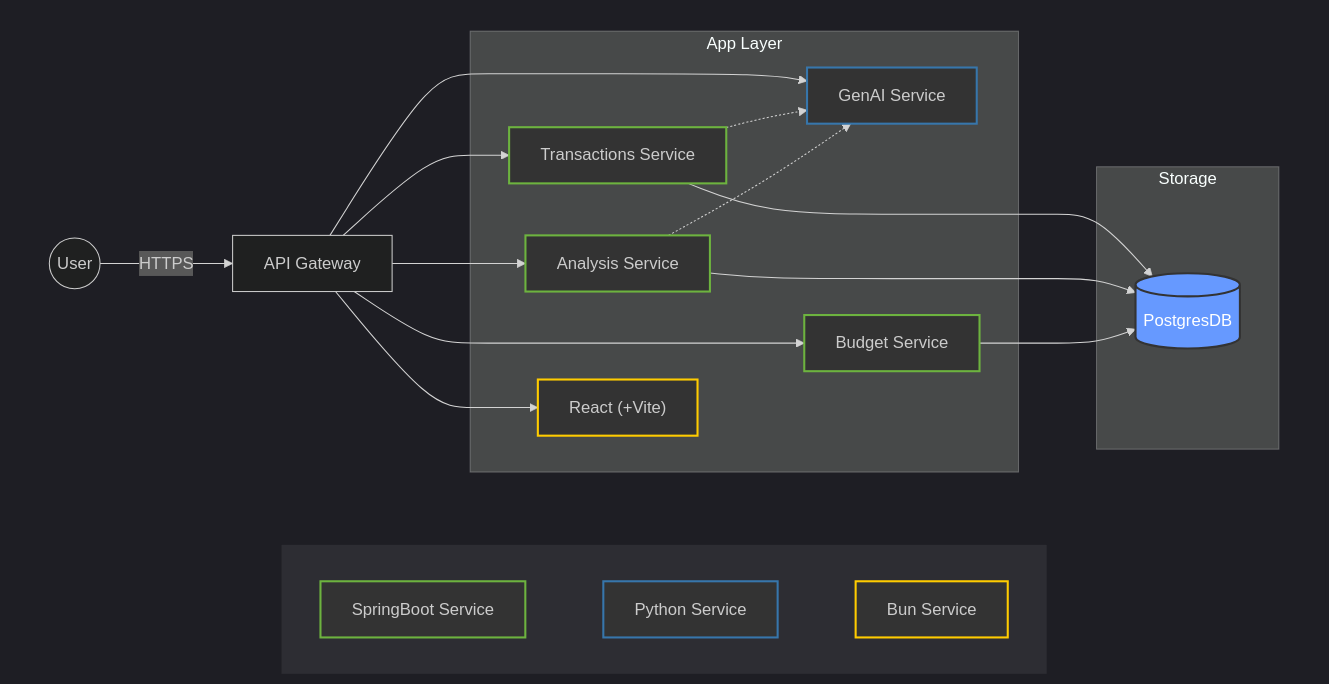
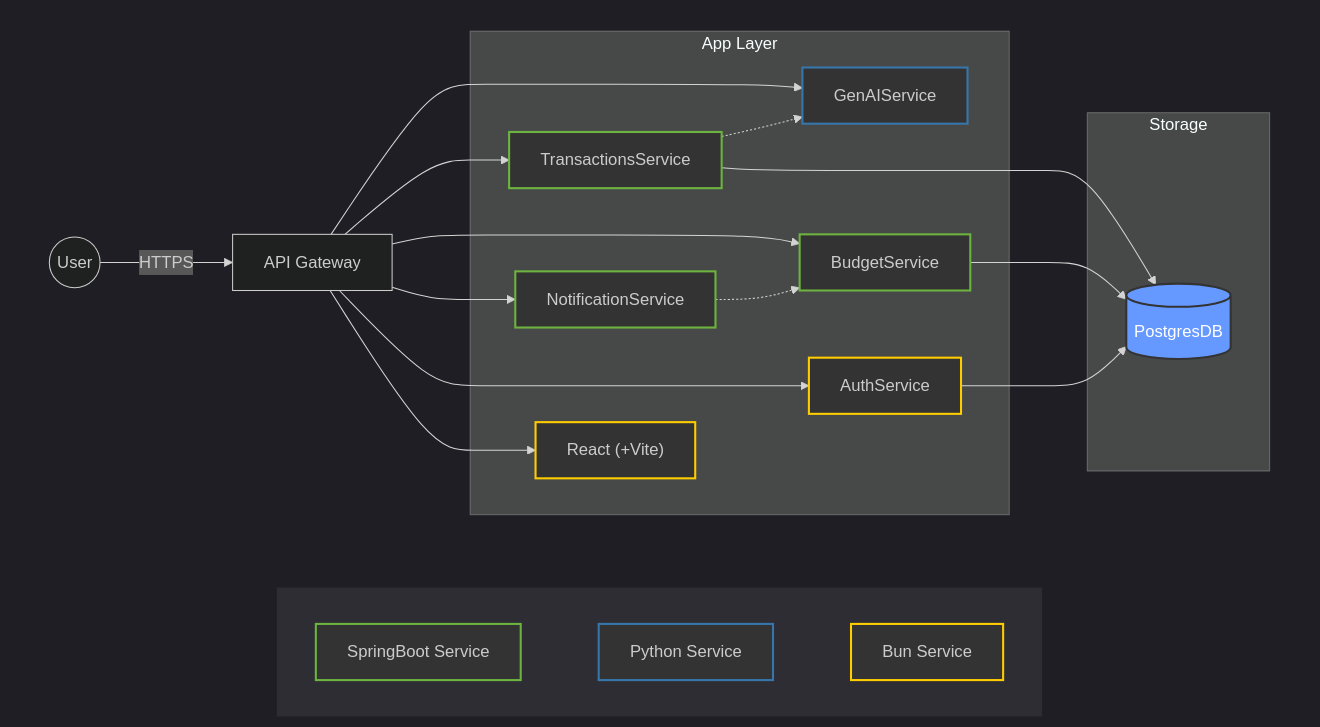
One commit to AET-DevOps26/team-99-downtime changed the first of 5 diagrams in docs/architecture/SERVICE_OVERVIEW.md. Above: the diagram before and after it, drawn with Mermaid. The commit also changed other lines of this file and 1 other file, not shown here.

Commit message:
docs: modified service_overview

````diff
--- a/docs/architecture/SERVICE_OVERVIEW.md
+++ b/docs/architecture/SERVICE_OVERVIEW.md
@@ -7,77 +7,81 @@
 ```mermaid
 ---
-displayMode: compact
 config:
   theme: dark
 ---
 graph TD
     %% Define Styles
 
     classDef service fill:#f9f,stroke:#333,stroke-width:2px;
     classDef database fill:#69f,stroke:#333,stroke-width:2px,color:#fff;
     classDef springService fill:#333,stroke:#6db33f,stroke-width:2px;
     classDef pythonService fill:#333,stroke:#3776ab,stroke-width:2px;
     classDef bunService fill:#333,stroke:#ffcc00,stroke-width:2px;
 
     subgraph System_Architecture [<span></span>]
       direction LR
 
       User((User)) -->|HTTPS| Gateway
 
-      Gateway[API Gateway] --> ReactS & GenAiS & TransactionS & BudgetS & AnalysisS
+      Gateway[API Gateway] --> ReactS & GenAiS & TransactionS & BudgetS & AnalysisS & AuthS
 
 
       subgraph Private_Subnet [App Layer]
-          GenAiS[GenAI Service]
+          GenAiS[GenAIService]
 
-          TransactionS[Transactions Service] -.-> GenAiS
+          TransactionS[TransactionsService] -.-> GenAiS
 
-          AnalysisS[Analysis Service] -.-> GenAiS
+          AnalysisS[NotificationService] -.-> BudgetS
 
-          BudgetS[Budget Service]
+          BudgetS[BudgetService]
           ReactS["React (+Vite)"]
+          AuthS[AuthService]
 
 
       end
+
+      %%TransactionS & BudgetS & AnalysisS & GenAiS -.-> AuthS
 
       subgraph Data_Layer [Storage]
 
           TransactionS --> DB1[(PostgresDB)]
 
-          AnalysisS --> DB1[(PostgresDB)]
+          %%AnalysisS --> DB1
 
-          BudgetS --> DB1[(PostgresDB)]
+          BudgetS --> DB1
+
+          AuthS --> DB1
 
       end
 
       Private_Subnet ~~~~ Data_Layer
 
       %% Apply Styles
       class User largeIcon;
       class TransactionS,AnalysisS,BudgetS springService;
       class GenAiS pythonService;
-      class ReactS bunService;
+      class ReactS,AuthS bunService;
       class DB1,DB2 database;
     end
 
 
 
     subgraph Legend [<span></span>]
       direction LR
       Spring[SpringBoot Service]
       class Spring springService;
 
       Python[Python Service ]
       class Python pythonService;
 
       Bun[Bun Service ]
       class Bun bunService;
 
       Spring ~~~ Python ~~~ Bun
     end
 
     System_Architecture ~~~ Legend
 
     style Legend fill:#fff1,stroke:none,padding:2px,margin:2px;
     style System_Architecture fill:none,stroke:none,stroke-width:1px,padding:10px;
 ```
````
